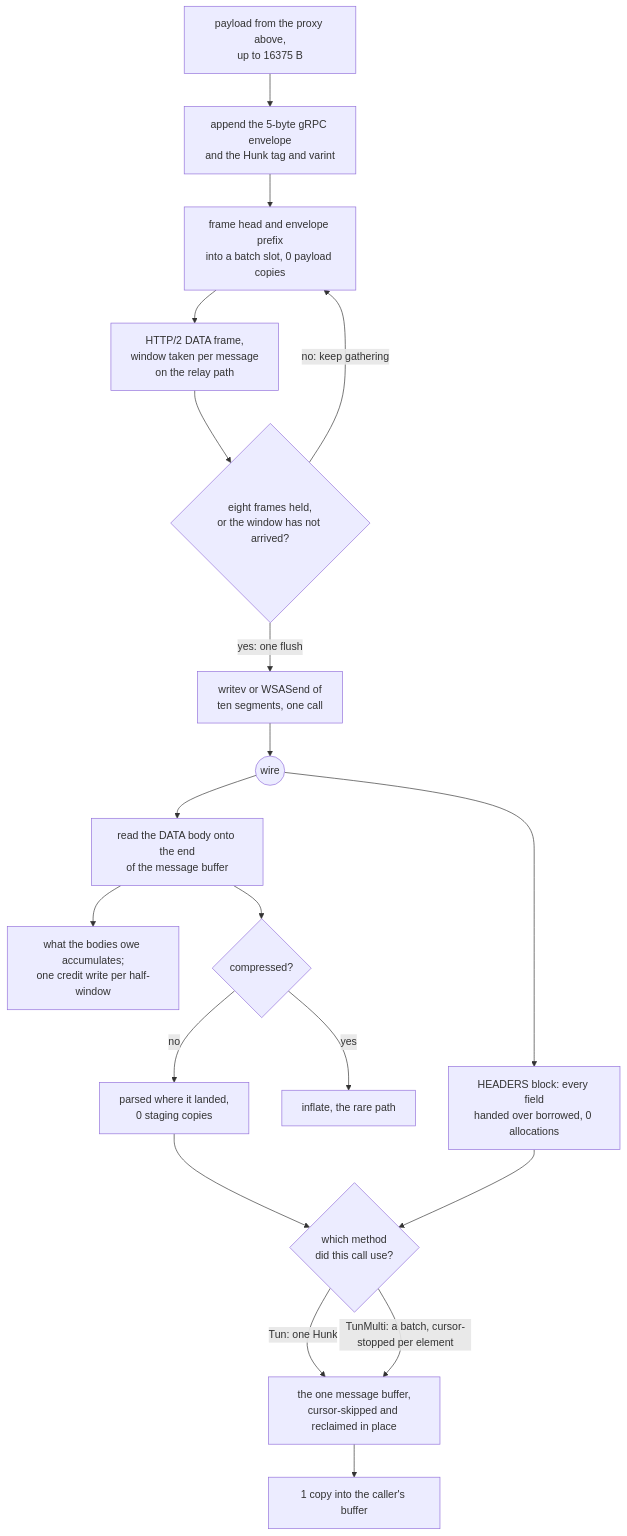
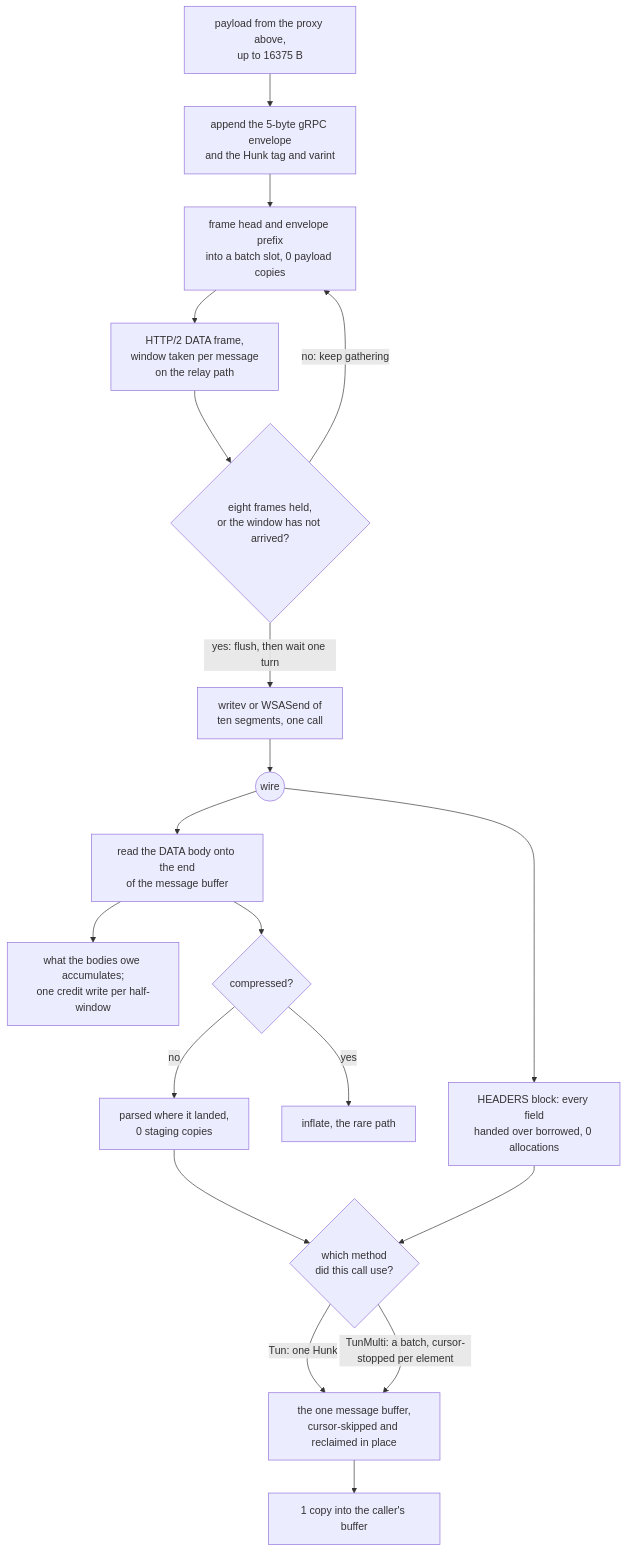
The diagram in docs/function/carrier-grpc.md (Ferrocite/ferrox), drawn with Mermaid before and after one commit. The commit also changed other lines of this file and 1 other file, not shown here.

Commit message:
grpc: wait a bounded turn for the window a flush earns (#669)

````diff
--- a/docs/function/carrier-grpc.md
+++ b/docs/function/carrier-grpc.md
@@ -17,21 +17,21 @@
 ```mermaid
 graph TD
     A["payload from the proxy above,<br/>up to 16375 B"] --> B["append the 5-byte gRPC envelope<br/>and the Hunk tag and varint"]
     B --> C["frame head and envelope prefix<br/>into a batch slot, 0 payload copies"]
     C --> D["HTTP/2 DATA frame,<br/>window taken per message<br/>on the relay path"]
     D --> P{"eight frames held,<br/>or the window has not arrived?"}
     P -- "no: keep gathering" --> C
-    P -- "yes: one flush" --> Q["writev or WSASend of<br/>ten segments, one call"]
+    P -- "yes: flush, then wait one turn" --> Q["writev or WSASend of<br/>ten segments, one call"]
     Q --> E(("wire"))
     E --> F["read the DATA body onto the end<br/>of the message buffer"]
     E --> L["HEADERS block: every field<br/>handed over borrowed, 0 allocations"]
     F --> N["what the bodies owe accumulates;<br/>one credit write per half-window"]
     F --> G{"compressed?"}
     G -- no --> H["parsed where it landed,<br/>0 staging copies"]
     G -- yes --> I["inflate, the rare path"]
     H --> M{"which method<br/>did this call use?"}
     L --> M
     M -- "Tun: one Hunk" --> J
     M -- "TunMulti: a batch, cursor-stopped per element" --> J["the one message buffer,<br/>cursor-skipped and reclaimed in place"]
     J --> K["1 copy into the caller's buffer"]
 ```
````
